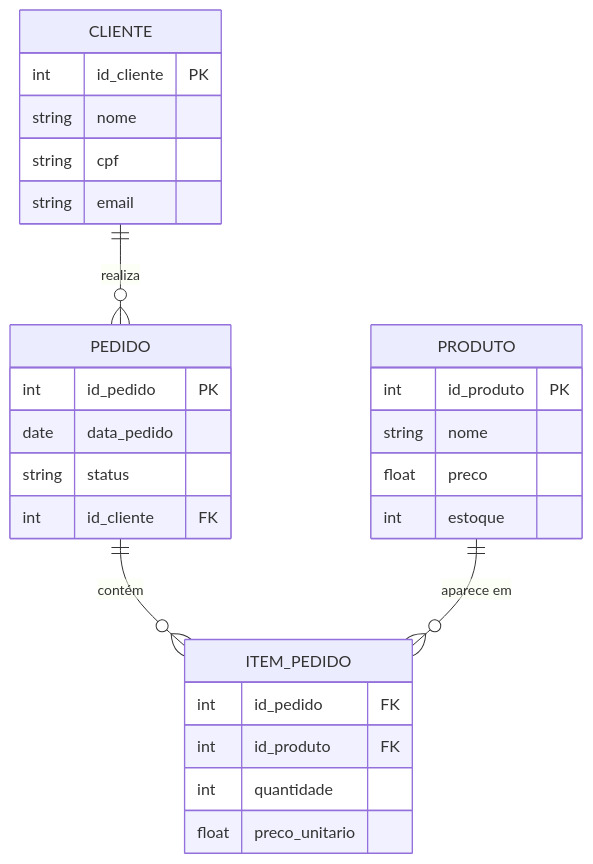
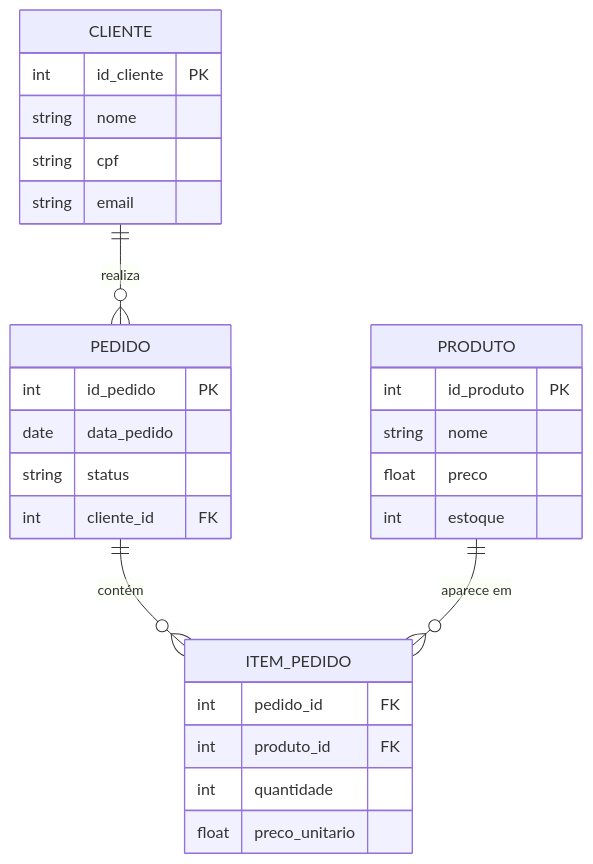
Before and after one commit to GTI-Fatec-Jahu/Banco_Dados_Aplicacoes-GTI: the fourth of 4 diagrams in aulas/Aula_04_Modelo_Logico_Relacional.md, drawn with Mermaid. The commit also changed other lines of this file and 4 other files, not shown here.

````diff
--- a/aulas/Aula_04_Modelo_Logico_Relacional.md
+++ b/aulas/Aula_04_Modelo_Logico_Relacional.md
@@ -140,31 +138,31 @@
 ```mermaid
 erDiagram
     CLIENTE ||--o{ PEDIDO : "realiza"
     PEDIDO ||--o{ ITEM_PEDIDO : "contém"
     PRODUTO ||--o{ ITEM_PEDIDO : "aparece em"
 
     CLIENTE {
         int id_cliente PK
         string nome
         string cpf
         string email
     }
     PEDIDO {
         int id_pedido PK
         date data_pedido
         string status
-        int id_cliente FK
+        int cliente_id FK
     }
     ITEM_PEDIDO {
-        int id_pedido FK
-        int id_produto FK
+        int pedido_id FK
+        int produto_id FK
         int quantidade
         float preco_unitario
     }
     PRODUTO {
         int id_produto PK
         string nome
         float preco
         int estoque
     }
 ```
````
